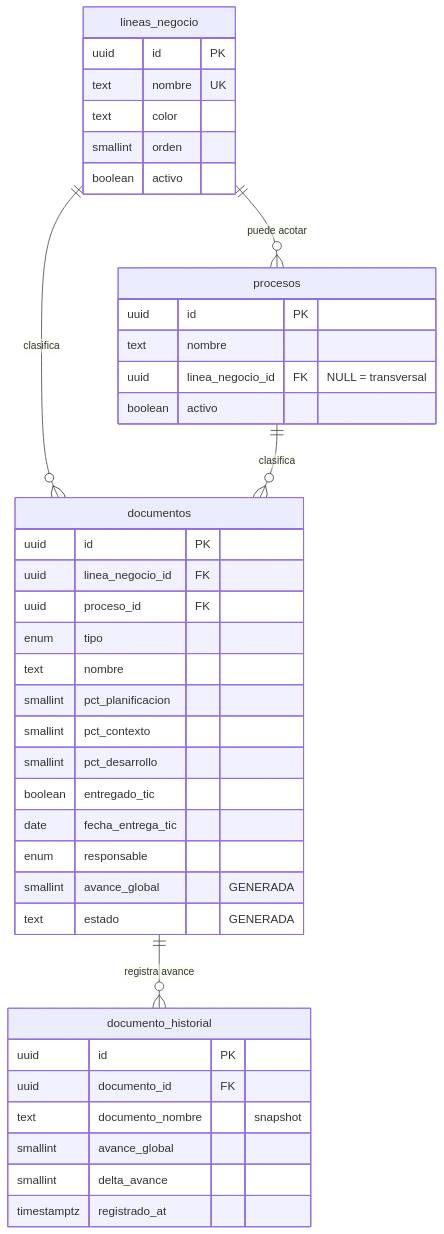
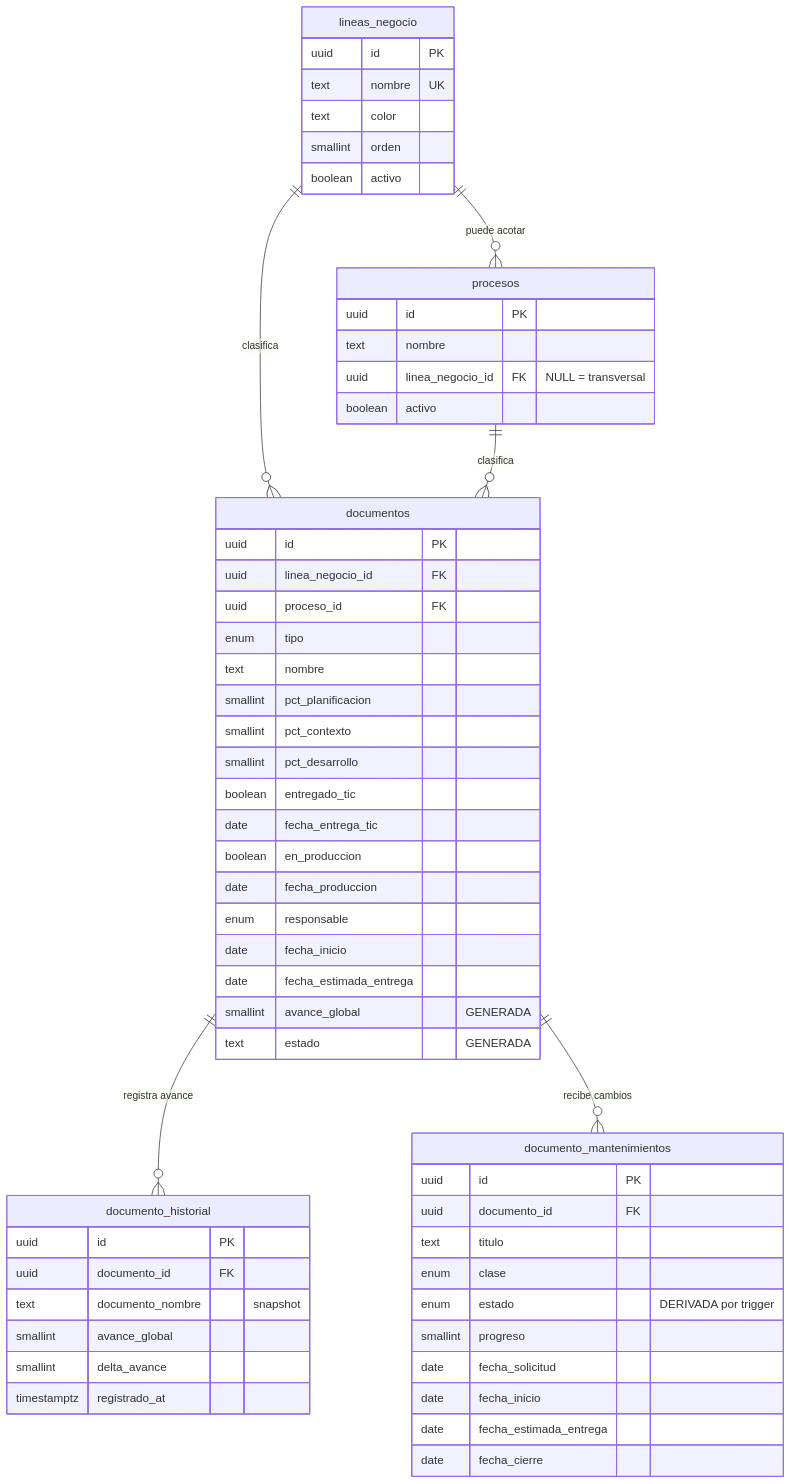
Before and after one commit to valecorzos/agenda-actividades: the diagram in docs/database/documentos-dictionary.md, drawn with Mermaid. The commit also changed other lines of this file and 19 other files, not shown here.

````diff
--- a/docs/database/documentos-dictionary.md
+++ b/docs/database/documentos-dictionary.md
@@ -9,44 +9,61 @@
 ```mermaid
 erDiagram
     lineas_negocio ||--o{ procesos : "puede acotar"
     lineas_negocio ||--o{ documentos : clasifica
     procesos       ||--o{ documentos : clasifica
     documentos     ||--o{ documento_historial : "registra avance"
+    documentos     ||--o{ documento_mantenimientos : "recibe cambios"
 
     lineas_negocio {
         uuid id PK
         text nombre UK
         text color
         smallint orden
         boolean activo
     }
     procesos {
         uuid id PK
         text nombre
         uuid linea_negocio_id FK "NULL = transversal"
         boolean activo
     }
     documentos {
         uuid id PK
         uuid linea_negocio_id FK
         uuid proceso_id FK
         enum tipo
         text nombre
         smallint pct_planificacion
         smallint pct_contexto
         smallint pct_desarrollo
         boolean entregado_tic
         date fecha_entrega_tic
+        boolean en_produccion
+        date fecha_produccion
         enum responsable
+        date fecha_inicio
+        date fecha_estimada_entrega
         smallint avance_global "GENERADA"
         text estado "GENERADA"
+    }
+    documento_mantenimientos {
+        uuid id PK
+        uuid documento_id FK
+        text titulo
+        enum clase
+        enum estado "DERIVADA por trigger"
+        smallint progreso
+        date fecha_solicitud
+        date fecha_inicio
+        date fecha_estimada_entrega
+        date fecha_cierre
     }
     documento_historial {
         uuid id PK
         uuid documento_id FK
         text documento_nombre "snapshot"
         smallint avance_global
         smallint delta_avance
         timestamptz registrado_at
     }
 ```
````
